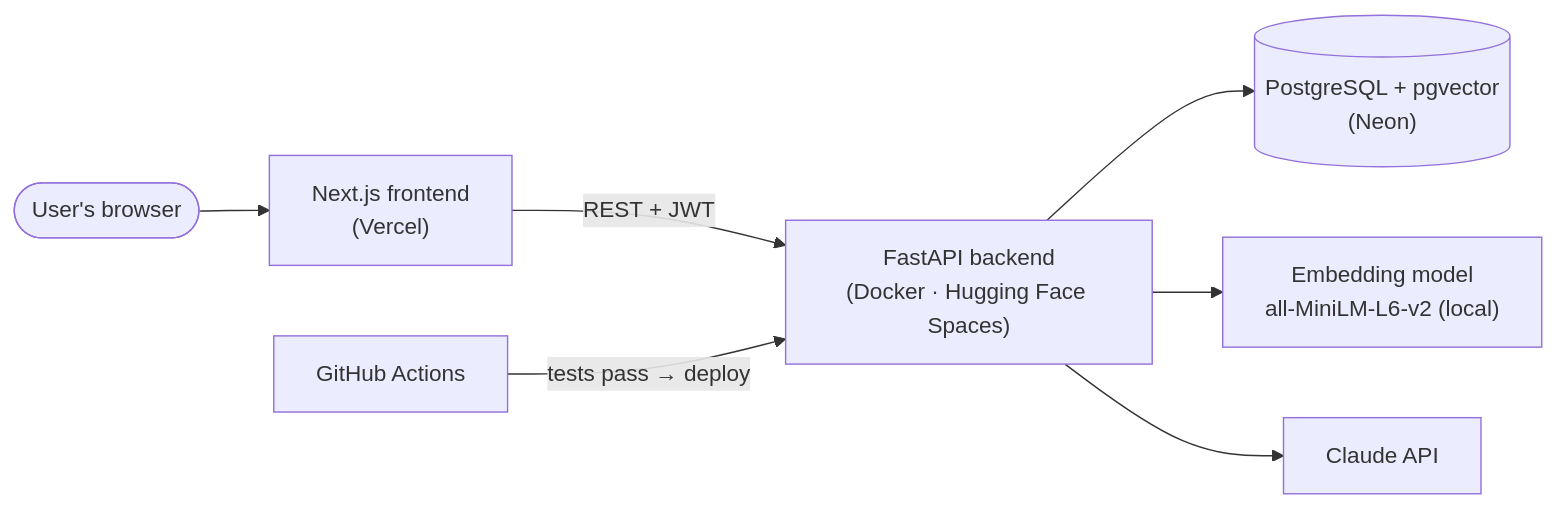
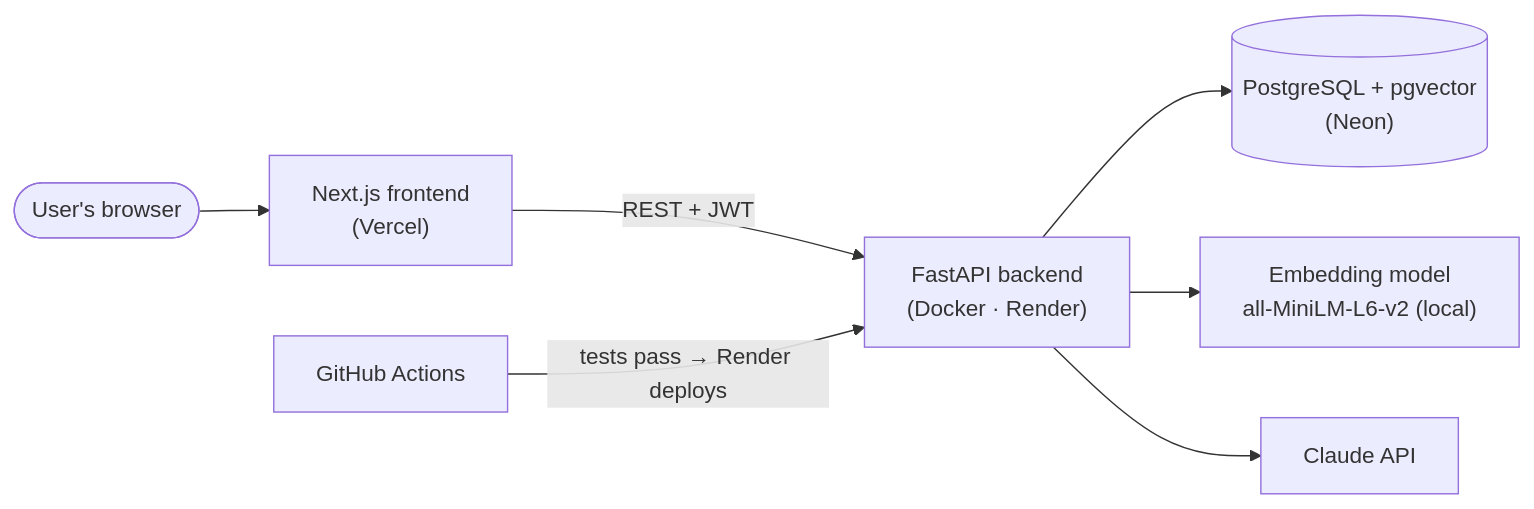
One commit to RakeshreddyParimireddy/AI-Document-Intelligence-PDF-Assistant changed the first of 2 diagrams in README.md. Above: the diagram before and after it, drawn with Mermaid. The commit also changed other lines of this file and 15 other files, not shown here.

First line of the commit message:
Deploy backend on Render free plan: fastembed (ONNX) embeddings, 30-page PDF limit

````diff
--- a/README.md
+++ b/README.md
@@ -47,9 +47,9 @@
 ```mermaid
 flowchart LR
     U([User's browser]) --> FE["Next.js frontend<br/>(Vercel)"]
-    FE -- "REST + JWT" --> API["FastAPI backend<br/>(Docker · Hugging Face Spaces)"]
+    FE -- "REST + JWT" --> API["FastAPI backend<br/>(Docker · Render)"]
     API --> DB[("PostgreSQL + pgvector<br/>(Neon)")]
     API --> EMB["Embedding model<br/>all-MiniLM-L6-v2 (local)"]
     API --> LLM["Claude API"]
-    GH["GitHub Actions"] -- "tests pass → deploy" --> API
+    GH["GitHub Actions"] -- "tests pass → Render deploys" --> API
 ```
````
